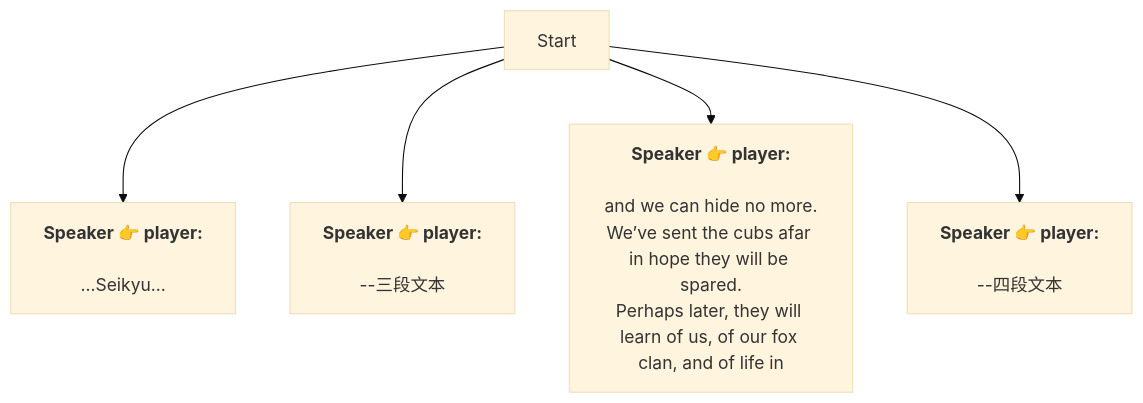
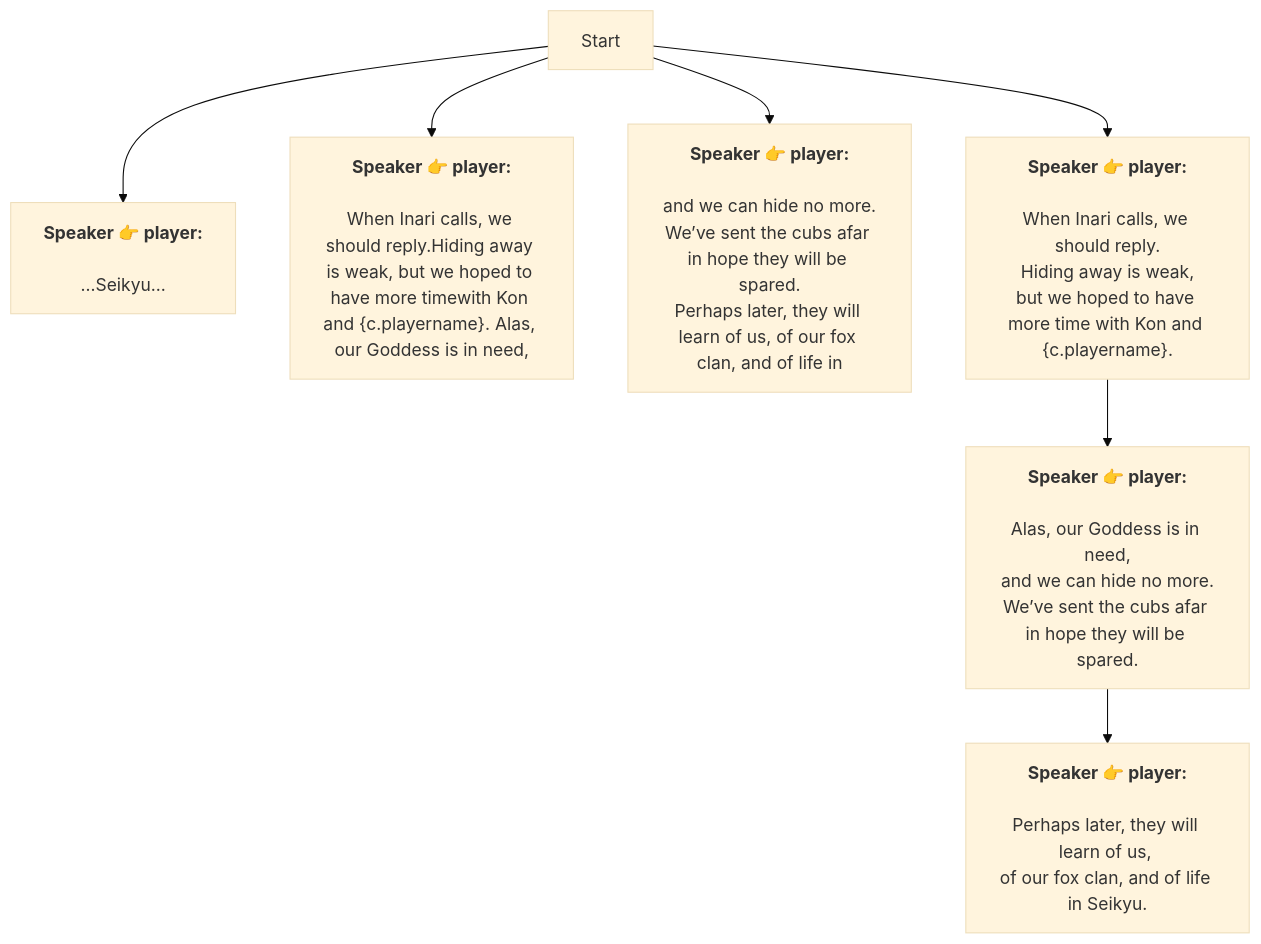
The diagram in Zh/RelicClues.md (SoftHu/tos_avg), drawn with Mermaid (base theme) before and after one commit. The commit also changed 730 other files, not shown here.

````diff
--- a/Zh/RelicClues.md
+++ b/Zh/RelicClues.md
@@ -1,14 +1,23 @@
 ```mermaid
 graph
 Start -->1777454943526619[<b>Speaker 👉 player:</b>
 \n...Seikyu...]
 Start -->1777454947225309[<b>Speaker 👉 player:</b>
-\n--三段文本]
+\nWhen Inari calls, we should reply.Hiding away is weak, but we hoped to have more timewith Kon and &lbrace;c.playername&rbrace;. Alas, our Goddess is in need,]
 Start -->1777454946916060[<b>Speaker 👉 player:</b>
 \nand we can hide no more.
 We’ve sent the cubs afar in hope they will be spared.
 Perhaps later, they will learn of us, of our fox clan, and of life in]
 Start -->1777633078207520[<b>Speaker 👉 player:</b>
-\n--四段文本]
+\nWhen Inari calls, we should reply.
+Hiding away is weak,
+but we hoped to have more time with Kon and &lbrace;c.playername&rbrace;.]
+1777633078207520 -->1779060968767106[<b>Speaker 👉 player:</b>
+\nAlas, our Goddess is in need,
+and we can hide no more.
+We’ve sent the cubs afar in hope they will be spared.]
+1779060968767106 -->1779060978509443[<b>Speaker 👉 player:</b>
+\nPerhaps later, they will learn of us, 
+of our fox clan, and of life in Seikyu.]
 
 ```
````
